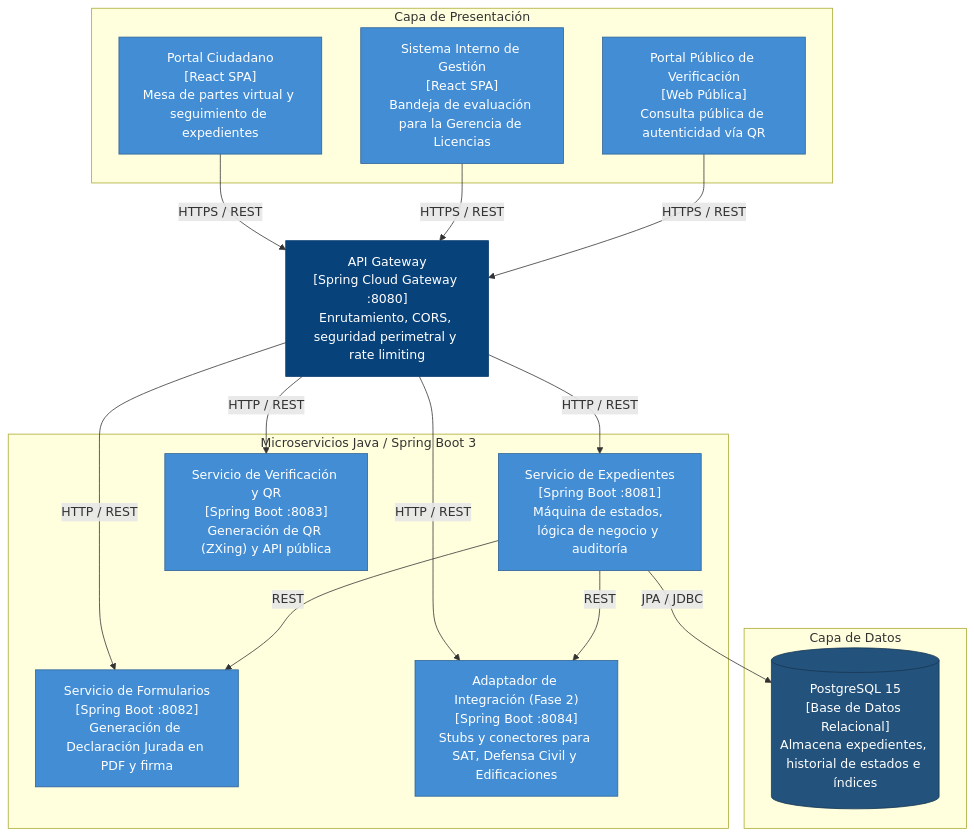
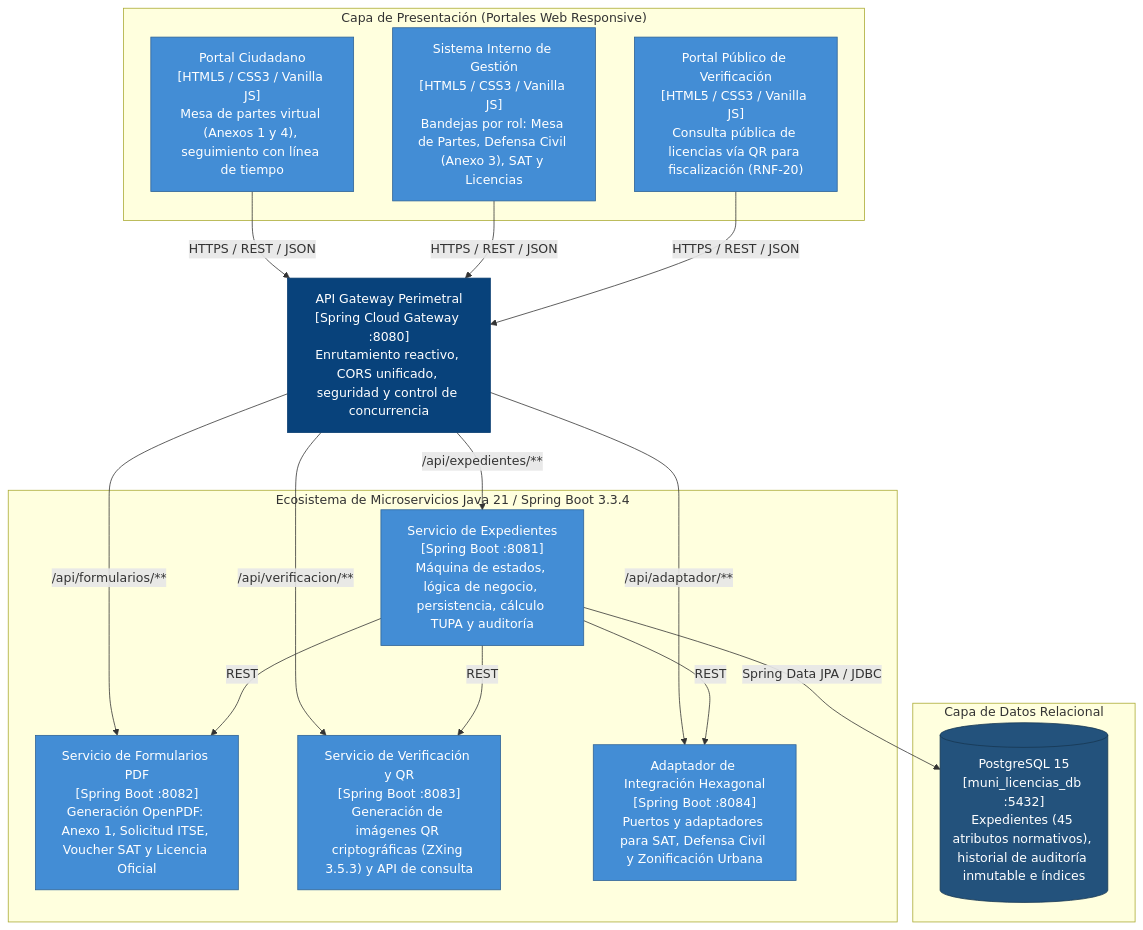
The second of 4 diagrams in docs/arquitectura/c4-model.md (Issirc20/MuniHuamanga), drawn with Mermaid before and after one commit. The commit also changed other lines of this file, not shown here.

Commit message:
docs: actualizar modelo de arquitectura C4 niveles 1-4 con anexos y entidades de Fase 01

````diff
--- a/docs/arquitectura/c4-model.md
+++ b/docs/arquitectura/c4-model.md
@@ -39,38 +52,39 @@
 ```mermaid
 graph TD
     classDef container fill:#438dd5,stroke:#2e6295,color:#fff;
     classDef db fill:#23527c,stroke:#173752,color:#fff;
     classDef gateway fill:#08427b,stroke:#073b6f,color:#fff;
 
-    subgraph Frontends ["Capa de Presentación"]
-        portalCiudadano["Portal Ciudadano<br>[React SPA]<br>Mesa de partes virtual y seguimiento de expedientes"]:::container
-        portalInterno["Sistema Interno de Gestión<br>[React SPA]<br>Bandeja de evaluación para la Gerencia de Licencias"]:::container
-        portalVerificacion["Portal Público de Verificación<br>[Web Pública]<br>Consulta pública de autenticidad vía QR"]:::container
+    subgraph CapaPresentacion ["Capa de Presentación (Portales Web Responsive)"]
+        portalCiudadano["Portal Ciudadano<br>[HTML5 / CSS3 / Vanilla JS]<br>Mesa de partes virtual (Anexos 1 y 4), seguimiento con línea de tiempo"]:::container
+        portalInterno["Sistema Interno de Gestión<br>[HTML5 / CSS3 / Vanilla JS]<br>Bandejas por rol: Mesa de Partes, Defensa Civil (Anexo 3), SAT y Licencias"]:::container
+        portalVerificacion["Portal Público de Verificación<br>[HTML5 / CSS3 / Vanilla JS]<br>Consulta pública de licencias vía QR para fiscalización (RNF-20)"]:::container
     end
 
-    gateway["API Gateway<br>[Spring Cloud Gateway :8080]<br>Enrutamiento, CORS, seguridad perimetral y rate limiting"]:::gateway
+    gateway["API Gateway Perimetral<br>[Spring Cloud Gateway :8080]<br>Enrutamiento reactivo, CORS unificado, seguridad y control de concurrencia"]:::gateway
 
-    subgraph Backend ["Microservicios Java / Spring Boot 3"]
-        servicioExpedientes["Servicio de Expedientes<br>[Spring Boot :8081]<br>Máquina de estados, lógica de negocio y auditoría"]:::container
-        servicioFormularios["Servicio de Formularios<br>[Spring Boot :8082]<br>Generación de Declaración Jurada en PDF y firma"]:::container
-        servicioVerificacion["Servicio de Verificación y QR<br>[Spring Boot :8083]<br>Generación de QR (ZXing) y API pública"]:::container
-        adaptadorIntegracion["Adaptador de Integración (Fase 2)<br>[Spring Boot :8084]<br>Stubs y conectores para SAT, Defensa Civil y Edificaciones"]:::container
+    subgraph Backend ["Ecosistema de Microservicios Java 21 / Spring Boot 3.3.4"]
+        servicioExpedientes["Servicio de Expedientes<br>[Spring Boot :8081]<br>Máquina de estados, lógica de negocio, persistencia, cálculo TUPA y auditoría"]:::container
+        servicioFormularios["Servicio de Formularios PDF<br>[Spring Boot :8082]<br>Generación OpenPDF: Anexo 1, Solicitud ITSE, Voucher SAT y Licencia Oficial"]:::container
+        servicioVerificacion["Servicio de Verificación y QR<br>[Spring Boot :8083]<br>Generación de imágenes QR criptográficas (ZXing 3.5.3) y API de consulta"]:::container
+        adaptadorIntegracion["Adaptador de Integración Hexagonal<br>[Spring Boot :8084]<br>Puertos y adaptadores para SAT, Defensa Civil y Zonificación Urbana"]:::container
     end
 
-    subgraph Persistencia ["Capa de Datos"]
-        postgres[("PostgreSQL 15<br>[Base de Datos Relacional]<br>Almacena expedientes, historial de estados e índices")]:::db
+    subgraph Persistencia ["Capa de Datos Relacional"]
+        postgres[("PostgreSQL 15<br>[muni_licencias_db :5432]<br>Expedientes (45 atributos normativos), historial de auditoría inmutable e índices")]:::db
     end
 
-    portalCiudadano -->|HTTPS / REST| gateway
-    portalInterno -->|HTTPS / REST| gateway
-    portalVerificacion -->|HTTPS / REST| gateway
+    portalCiudadano -->|HTTPS / REST / JSON| gateway
+    portalInterno -->|HTTPS / REST / JSON| gateway
+    portalVerificacion -->|HTTPS / REST / JSON| gateway
 
-    gateway -->|HTTP / REST| servicioExpedientes
-    gateway -->|HTTP / REST| servicioFormularios
-    gateway -->|HTTP / REST| servicioVerificacion
-    gateway -->|HTTP / REST| adaptadorIntegracion
+    gateway -->|/api/expedientes/**| servicioExpedientes
+    gateway -->|/api/formularios/**| servicioFormularios
+    gateway -->|/api/verificacion/**| servicioVerificacion
+    gateway -->|/api/adaptador/**| adaptadorIntegracion
 
-    servicioExpedientes -->|JPA / JDBC| postgres
+    servicioExpedientes -->|Spring Data JPA / JDBC| postgres
     servicioExpedientes -->|REST| servicioFormularios
+    servicioExpedientes -->|REST| servicioVerificacion
     servicioExpedientes -->|REST| adaptadorIntegracion
 ```
````
